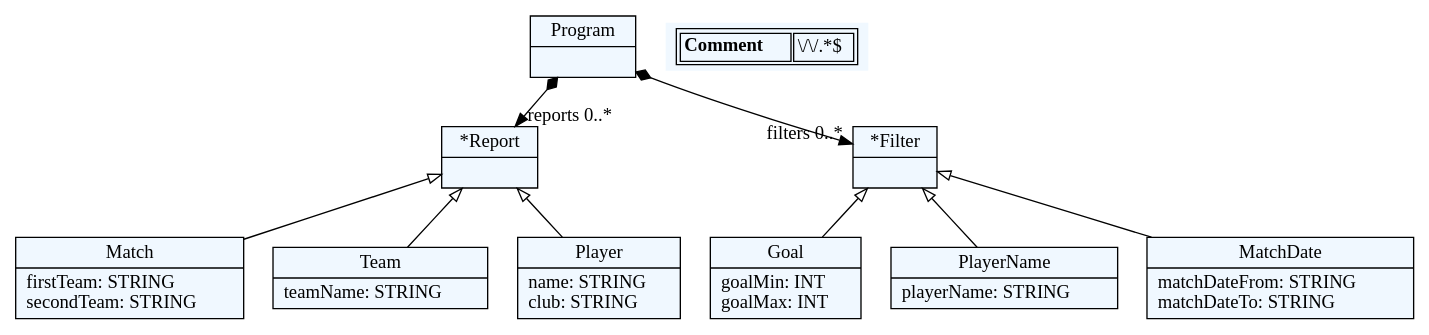
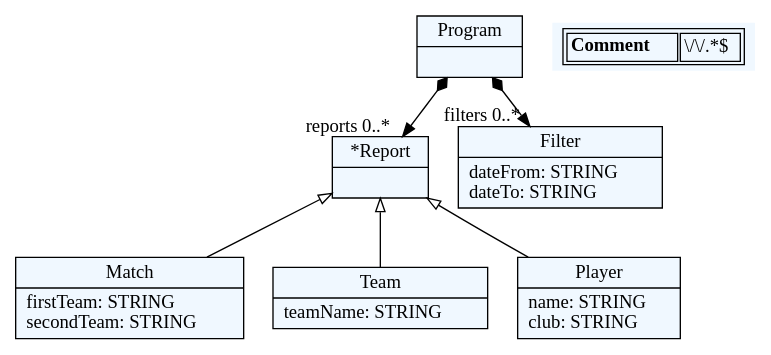
The diagram in match_reporter/reporter_jsd/generated_files/dot_files/reporter.dot (Ana00000/JSD), drawn with Graphviz before and after one commit. The commit also changed 3 other files, not shown here.

Commit message:
filter by date function updated

```diff
--- a/match_reporter/reporter_jsd/generated_files/dot_files/reporter.dot
+++ b/match_reporter/reporter_jsd/generated_files/dot_files/reporter.dot
@@ -1,49 +1,40 @@
 
     digraph textX {
     fontname = "Bitstream Vera Sans"
     fontsize = 8
     node[
         shape=record,
         style=filled,
         fillcolor=aliceblue
     ]
     nodesep = 0.3
     edge[dir=black,arrowtail=empty]
 
 
-140352981481168[ label="{Program|}"]
+140611156576048[ label="{Program|}"]
 
-140352981484000[ label="{*Report|}"]
+140611156579456[ label="{*Report|}"]
 
-140352981487408[ label="{Match|firstTeam: STRING\lsecondTeam: STRING\l}"]
+140611156582864[ label="{Match|firstTeam: STRING\lsecondTeam: STRING\l}"]
 
-140352981490816[ label="{Team|teamName: STRING\l}"]
+140611156586272[ label="{Team|teamName: STRING\l}"]
 
-140352981494224[ label="{Player|name: STRING\lclub: STRING\l}"]
+140611156589680[ label="{Player|name: STRING\lclub: STRING\l}"]
 
-140352970808976[ label="{*Filter|}"]
-
-140352970812384[ label="{Goal|goalMin: INT\lgoalMax: INT\l}"]
-
-140352970954448[ label="{PlayerName|playerName: STRING\l}"]
-
-140352970957856[ label="{MatchDate|matchDateFrom: STRING\lmatchDateTo: STRING\l}"]
+140611156593088[ label="{Filter|dateFrom: STRING\ldateTo: STRING\l}"]
 
 
 
-140352981481168 -> 140352981484000[arrowtail=diamond, dir=both, headlabel="reports 0..*"]
-140352981481168 -> 140352970808976[arrowtail=diamond, dir=both, headlabel="filters 0..*"]
-140352981484000 -> 140352981487408 [dir=back]
-140352981484000 -> 140352981490816 [dir=back]
-140352981484000 -> 140352981494224 [dir=back]
-140352970808976 -> 140352970812384 [dir=back]
-140352970808976 -> 140352970954448 [dir=back]
-140352970808976 -> 140352970957856 [dir=back]
+140611156576048 -> 140611156579456[arrowtail=diamond, dir=both, headlabel="reports 0..*"]
+140611156576048 -> 140611156593088[arrowtail=diamond, dir=both, headlabel="filters 0..*"]
+140611156579456 -> 140611156582864 [dir=back]
+140611156579456 -> 140611156586272 [dir=back]
+140611156579456 -> 140611156589680 [dir=back]
 match_rules [ shape=plaintext, label=< <table>
 	<tr>
 		<td><b>Comment</b></td><td>\/\/.*$</td>
 	</tr>
 </table> >]
 
 
 }
```
